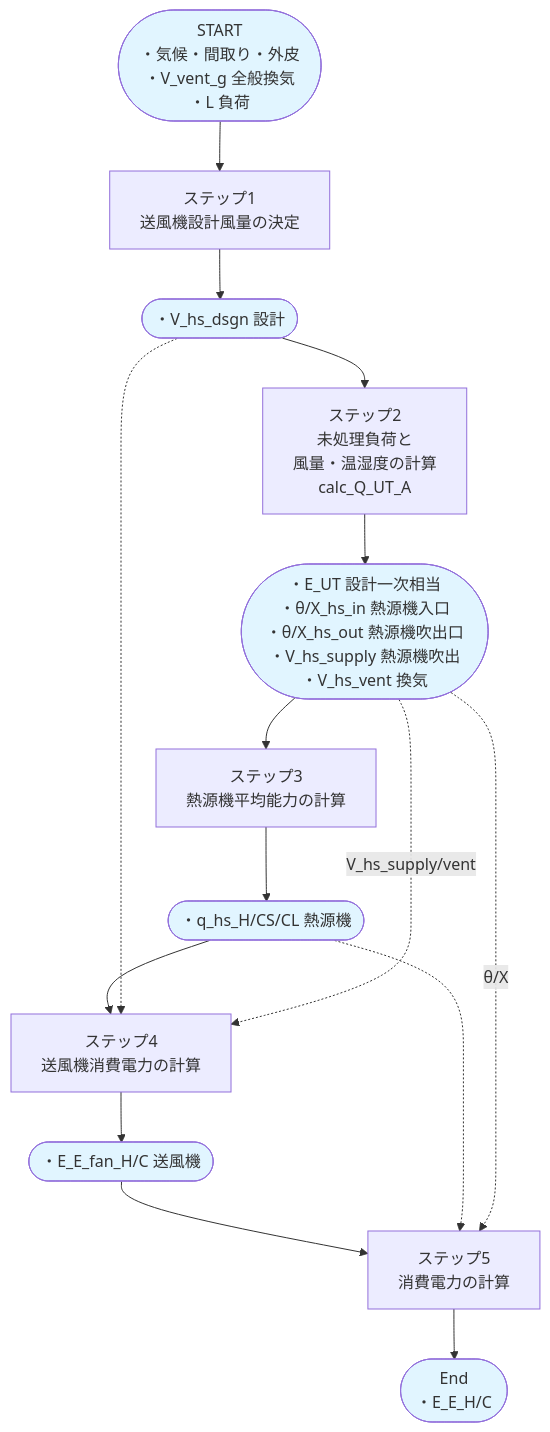
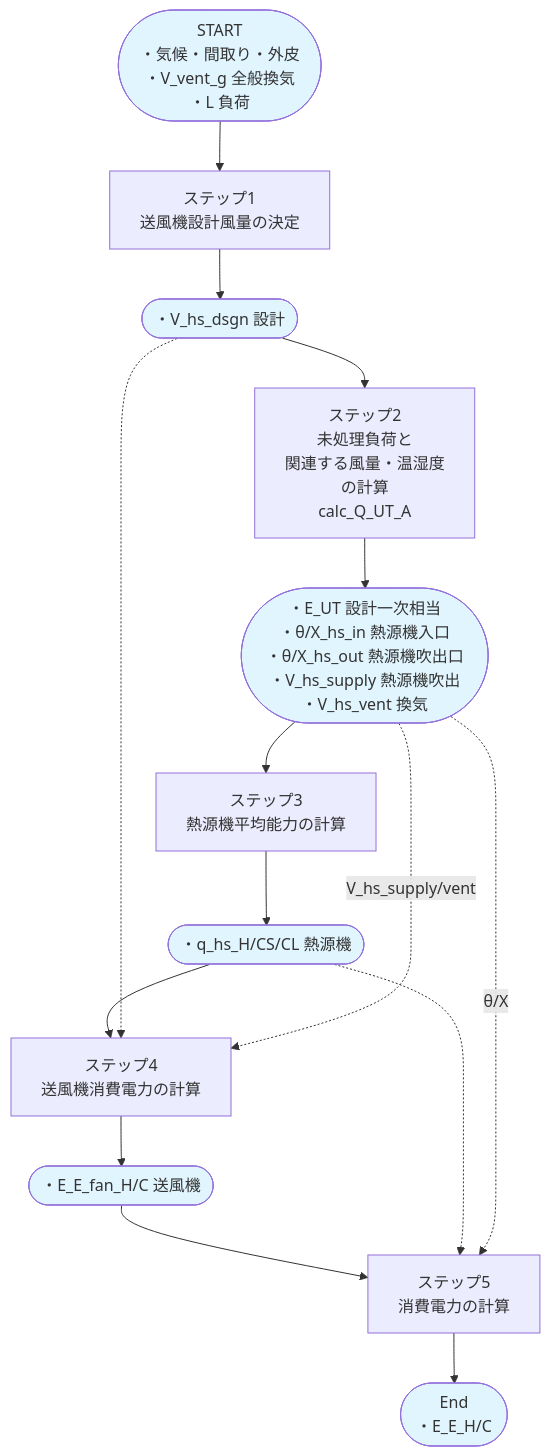
The first of 6 diagrams in src/docs/プロセスモデル_消費電力計算_標準.md (izumi-system-development/pyhees-jjj), drawn with Mermaid before and after one commit. The commit also changed other lines of this file, not shown here.

````diff
--- a/src/docs/プロセスモデル_消費電力計算_標準.md
+++ b/src/docs/プロセスモデル_消費電力計算_標準.md
@@ -28,34 +14,34 @@
 ```mermaid
 flowchart TD
 
 Start([START<br/>・気候・間取り・外皮<br/>・V_vent_g 全般換気<br/>・L 負荷]) --> Step1[ステップ1<br/>送風機設計風量の決定]
 
 Step1 --> V_dsgn([・V_hs_dsgn 設計])
 
-V_dsgn --> Step2[ステップ2<br/>未処理負荷と<br/>風量・温湿度の計算<br/>calc_Q_UT_A]
+V_dsgn --> Step2[ステップ2<br/>未処理負荷と<br/>関連する風量・温湿度<br/>の計算<br/>calc_Q_UT_A]
 
 Step2 --> Vars([・E_UT 設計一次相当<br/>・θ/X_hs_in 熱源機入口<br/>・θ/X_hs_out 熱源機吹出口<br/>・V_hs_supply 熱源機吹出<br/>・V_hs_vent 換気])
 
 Vars --> Step3[ステップ3<br/>熱源機平均能力の計算]
 
 Step3 --> Q_hs([・q_hs_H/CS/CL 熱源機])
 
 Q_hs --> Step4[ステップ4<br/>送風機消費電力の計算]
 V_dsgn -.-> Step4
 Vars -.V_hs_supply/vent.-> Step4
 
 Step4 --> E_fan([・E_E_fan_H/C 送風機])
 
 E_fan --> Step5[ステップ5<br/>消費電力の計算]
 Q_hs -.-> Step5
 Vars -.θ/X.-> Step5
 
 Step5 --> End([End<br/>・E_E_H/C])
 
 style Start fill:#e1f5ff
 style V_dsgn fill:#e1f5ff
 style Vars fill:#e1f5ff
 style Q_hs fill:#e1f5ff
 style E_fan fill:#e1f5ff
 style End fill:#e1f5ff
 ```
````
